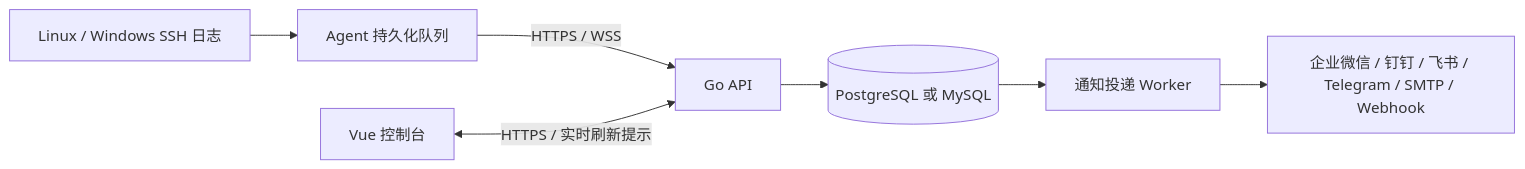
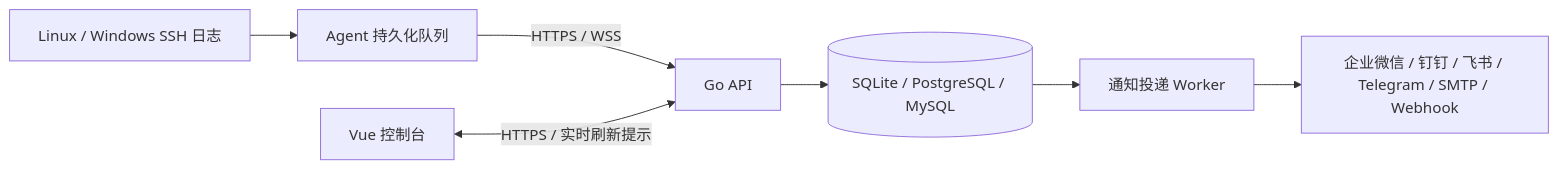
The diagram in README.md (xiuzhenzhi/SSH), drawn with Mermaid before and after one commit. The commit also changed other lines of this file and 34 other files, not shown here.

````diff
--- a/README.md
+++ b/README.md
@@ -61,9 +75,9 @@
 ```mermaid
 flowchart LR
   Logs[Linux / Windows SSH 日志] --> Queue[Agent 持久化队列]
   Queue -->|HTTPS / WSS| API[Go API]
   Browser[Vue 控制台] <-->|HTTPS / 实时刷新提示| API
-  API --> DB[(PostgreSQL 或 MySQL)]
+  API --> DB[(SQLite / PostgreSQL / MySQL)]
   DB --> Worker[通知投递 Worker]
   Worker --> Channels[企业微信 / 钉钉 / 飞书 / Telegram / SMTP / Webhook]
 ```
````
